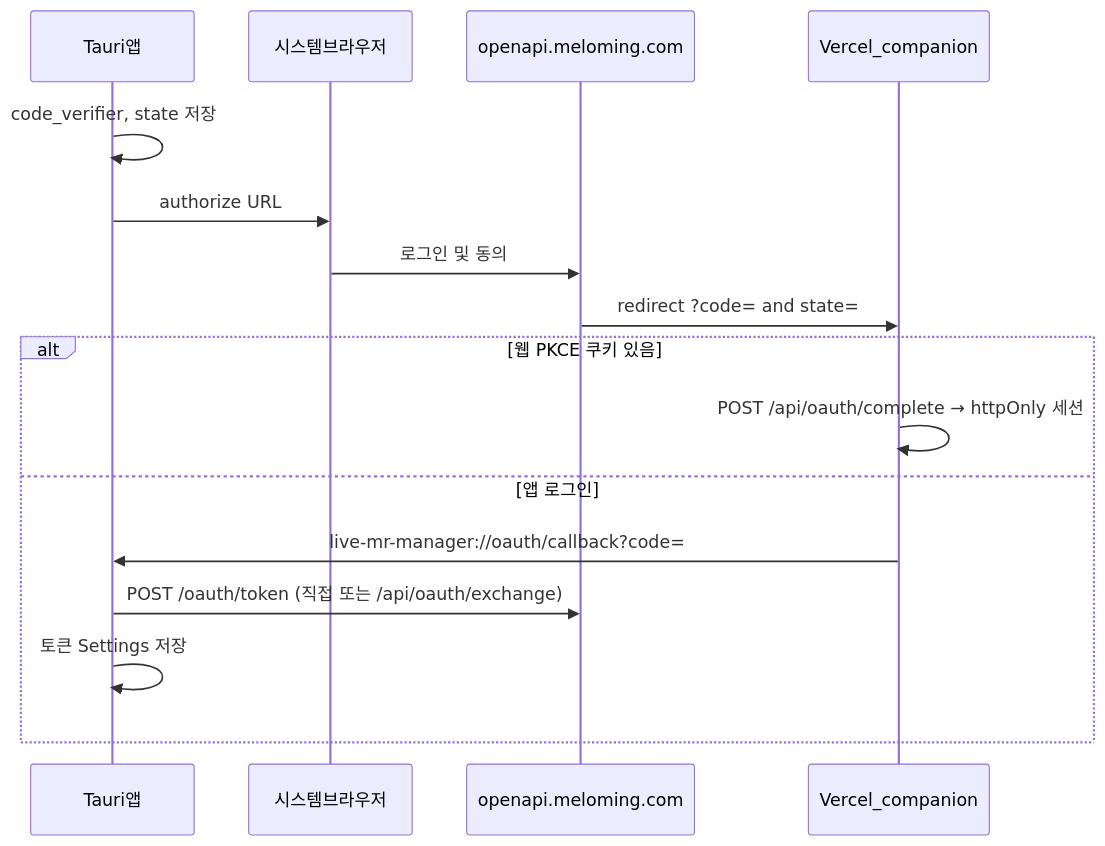
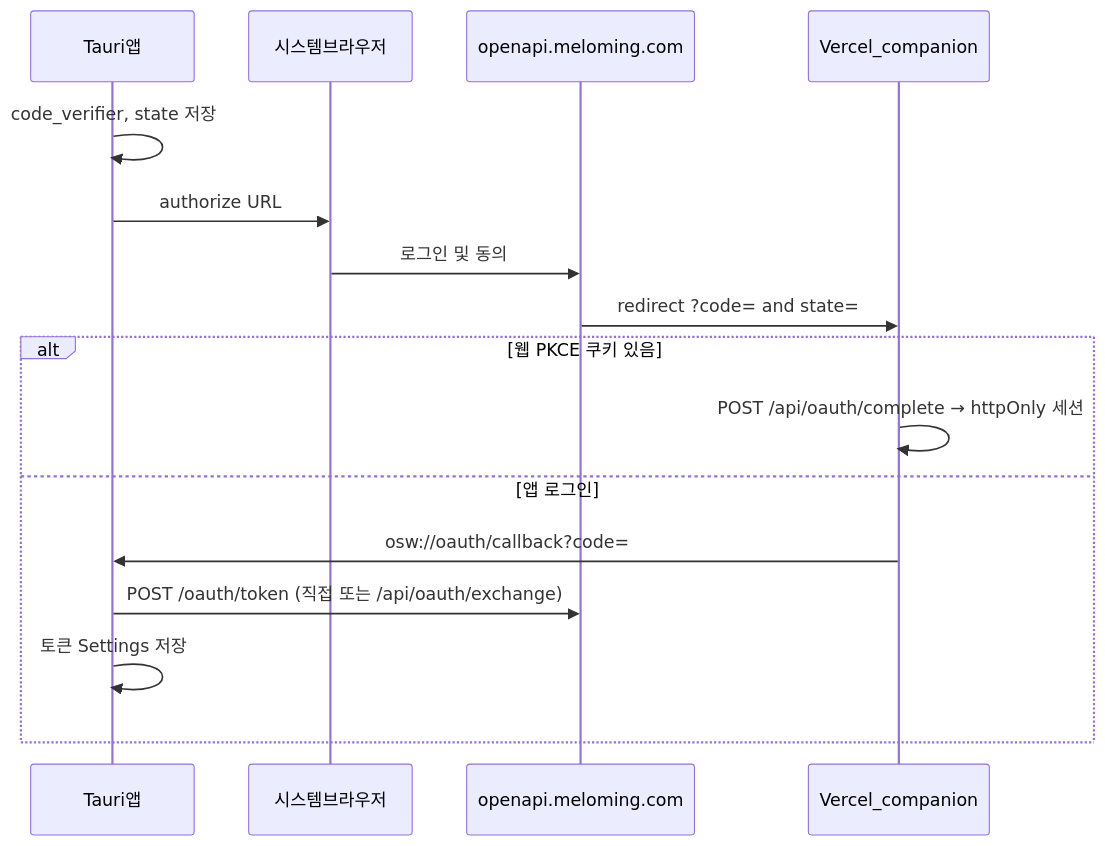
One commit to Temmis2077/Live-MR-Manager changed the first of 3 diagrams in docs/MELOMING_SONGBOOK_INTEGRATION.md. Above: the diagram before and after it, drawn with Mermaid. The commit also changed other lines of this file and 26 other files, not shown here.

````diff
--- a/docs/MELOMING_SONGBOOK_INTEGRATION.md
+++ b/docs/MELOMING_SONGBOOK_INTEGRATION.md
@@ -274,19 +274,19 @@
 ```mermaid
 sequenceDiagram
   participant App as Tauri앱
   participant Browser as 시스템브라우저
   participant Meloming as openapi.meloming.com
   participant Web as Vercel_companion
 
   App->>App: code_verifier, state 저장
   App->>Browser: authorize URL
   Browser->>Meloming: 로그인 및 동의
   Meloming->>Web: redirect ?code= and state=
   alt 웹 PKCE 쿠키 있음
     Web->>Web: POST /api/oauth/complete → httpOnly 세션
   else 앱 로그인
-    Web->>App: live-mr-manager://oauth/callback?code=
+    Web->>App: osw://oauth/callback?code=
     App->>Meloming: POST /oauth/token (직접 또는 /api/oauth/exchange)
     App->>App: 토큰 Settings 저장
   end
 ```
````
